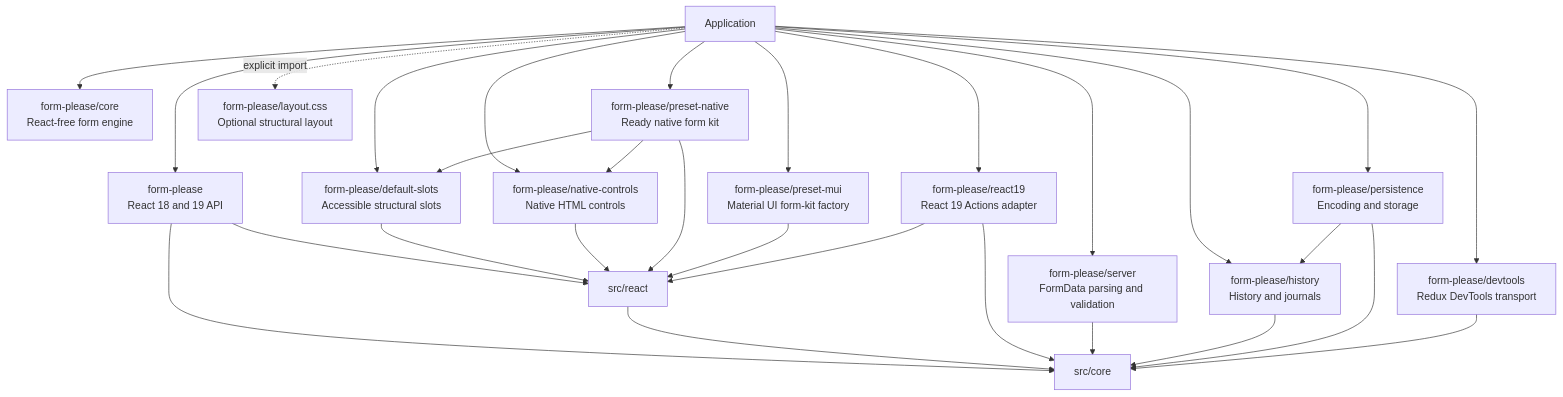
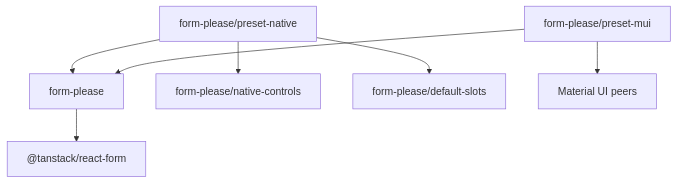
Before and after one commit to r13v/fokit: the diagram in docs/ARCHITECTURE.md, drawn with Mermaid. The commit also changed other lines of this file and 295 other files, not shown here.

Commit message:
feat: use Tanstack Form runtime

````diff
--- a/docs/ARCHITECTURE.md
+++ b/docs/ARCHITECTURE.md
@@ -22,50 +23,9 @@
 ```mermaid
 flowchart TD
-    App["Application"]
-
-    Main["form-please<br/>React 18 and 19 API"]
-    Core["form-please/core<br/>React-free form engine"]
-    DefaultSlots["form-please/default-slots<br/>Accessible structural slots"]
-    NativeControls["form-please/native-controls<br/>Native HTML controls"]
-    PresetNative["form-please/preset-native<br/>Ready native form kit"]
-    PresetMui["form-please/preset-mui<br/>Material UI form-kit factory"]
-    React19["form-please/react19<br/>React 19 Actions adapter"]
-    Server["form-please/server<br/>FormData parsing and validation"]
-    History["form-please/history<br/>History and journals"]
-    Persistence["form-please/persistence<br/>Encoding and storage"]
-    DevTools["form-please/devtools<br/>Redux DevTools transport"]
-    CSS["form-please/layout.css<br/>Optional structural layout"]
-
-    ReactLayer["src/react"]
-    CoreLayer["src/core"]
-
-    App --> Main
-    App --> Core
-    App --> DefaultSlots
-    App --> NativeControls
-    App --> PresetNative
-    App --> PresetMui
-    App --> React19
-    App --> Server
-    App --> History
-    App --> Persistence
-    App --> DevTools
-    App -. explicit import .-> CSS
-
-    Main --> ReactLayer
-    Main --> CoreLayer
-    DefaultSlots --> ReactLayer
-    NativeControls --> ReactLayer
-    PresetNative --> DefaultSlots
-    PresetNative --> NativeControls
-    PresetNative --> ReactLayer
-    PresetMui --> ReactLayer
-    ReactLayer --> CoreLayer
-    React19 --> ReactLayer
-    React19 --> CoreLayer
-    Server --> CoreLayer
-    History --> CoreLayer
-    Persistence --> CoreLayer
-    Persistence --> History
-    DevTools --> CoreLayer
+    Root["form-please"] --> TanStack["@tanstack/react-form"]
+    NativePreset["form-please/preset-native"] --> Root
+    NativePreset --> NativeControls["form-please/native-controls"]
+    NativePreset --> DefaultSlots["form-please/default-slots"]
+    MuiPreset["form-please/preset-mui"] --> Root
+    MuiPreset --> Mui["Material UI peers"]
 ```
````
